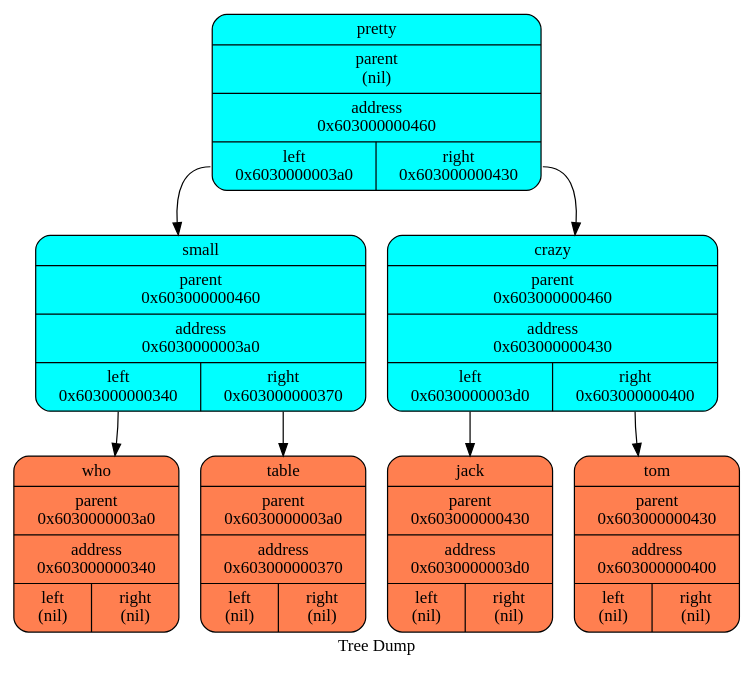
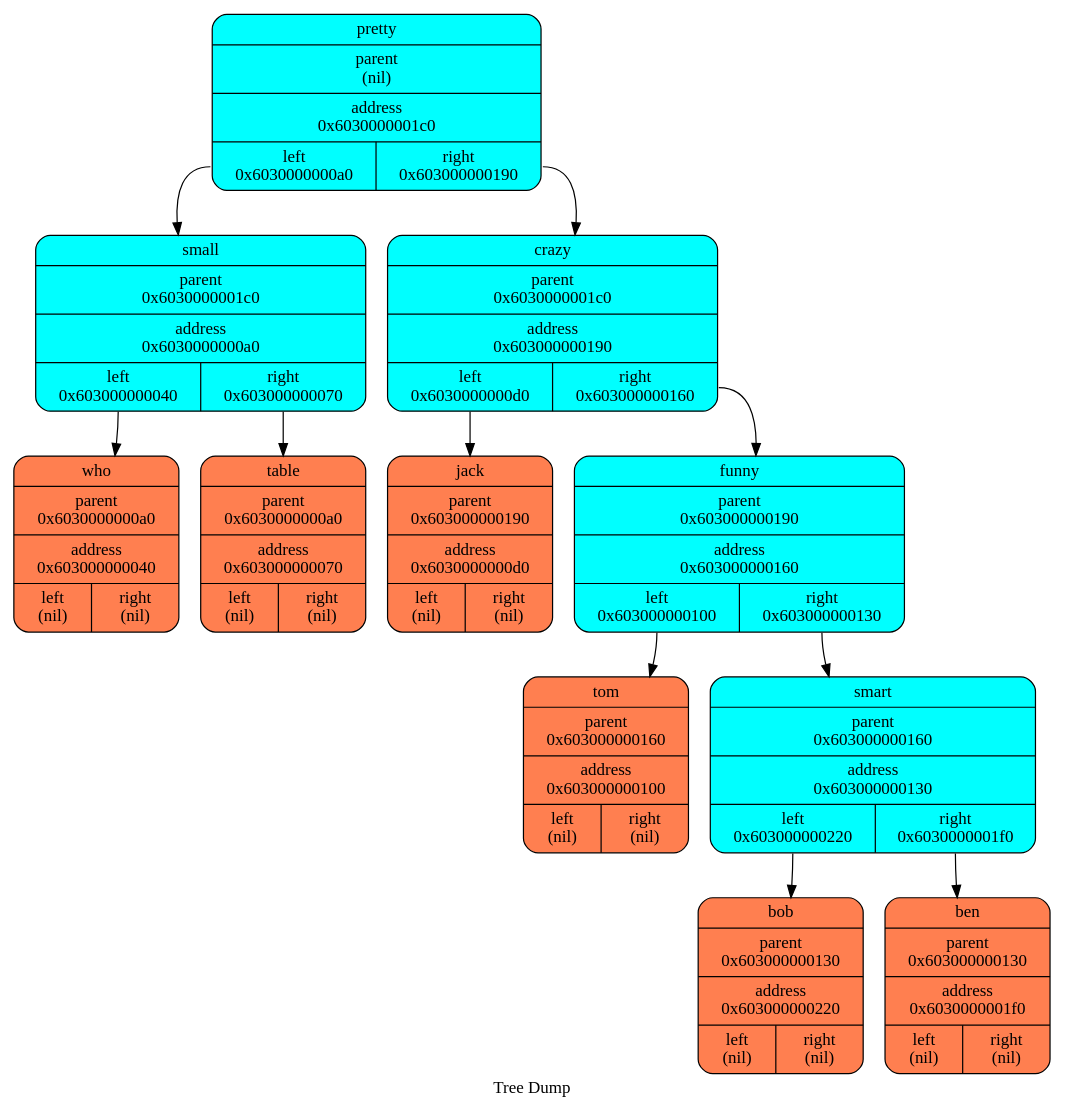
The diagram in log/dot/treegraph_0.dot (aidenfmunro/Akinator), drawn with Graphviz before and after one commit. The commit also changed 12 other files, not shown here.

```diff
--- a/log/dot/treegraph_0.dot
+++ b/log/dot/treegraph_0.dot
@@ -1,19 +1,27 @@
   digraph tree  {
   node[   shape     = "Mrecord",  style     = "filled",  fillcolor = "aqua",  fontcolor = "#000000",  margin    = "0.075"];
   rankdir   = "TB";
 
   label     = "Tree Dump";
- "pretty" [shape = "Mrecord", label = "{<name>pretty | parent\n(nil) | <f0> address\n0x603000000460| {<left>left\n0x6030000003a0 | <right>right\n0x603000000430\n}}"];
+ "pretty" [shape = "Mrecord", label = "{<name>pretty | parent\n(nil) | <f0> address\n0x6030000001c0| {<left>left\n0x6030000000a0 | <right>right\n0x603000000190\n}}"];
   "pretty":left->"small";
- "small" [shape = "Mrecord", label = "{<name>small | parent\n0x603000000460 | <f0> address\n0x6030000003a0| {<left>left\n0x603000000340 | <right>right\n0x603000000370\n}}"];
+ "small" [shape = "Mrecord", label = "{<name>small | parent\n0x6030000001c0 | <f0> address\n0x6030000000a0| {<left>left\n0x603000000040 | <right>right\n0x603000000070\n}}"];
   "small":left->"who";
- "who" [shape = "Mrecord", fillcolor = "coral", label = "{<name>who | parent\n0x6030000003a0 | <f0> address\n0x603000000340| {<left>left\n(nil) | <right>right\n(nil)\n}}"];
+ "who" [shape = "Mrecord", fillcolor = "coral", label = "{<name>who | parent\n0x6030000000a0 | <f0> address\n0x603000000040| {<left>left\n(nil) | <right>right\n(nil)\n}}"];
   "small":right->"table";
- "table" [shape = "Mrecord", fillcolor = "coral", label = "{<name>table | parent\n0x6030000003a0 | <f0> address\n0x603000000370| {<left>left\n(nil) | <right>right\n(nil)\n}}"];
+ "table" [shape = "Mrecord", fillcolor = "coral", label = "{<name>table | parent\n0x6030000000a0 | <f0> address\n0x603000000070| {<left>left\n(nil) | <right>right\n(nil)\n}}"];
   "pretty":right->"crazy";
- "crazy" [shape = "Mrecord", label = "{<name>crazy | parent\n0x603000000460 | <f0> address\n0x603000000430| {<left>left\n0x6030000003d0 | <right>right\n0x603000000400\n}}"];
+ "crazy" [shape = "Mrecord", label = "{<name>crazy | parent\n0x6030000001c0 | <f0> address\n0x603000000190| {<left>left\n0x6030000000d0 | <right>right\n0x603000000160\n}}"];
   "crazy":left->"jack";
- "jack" [shape = "Mrecord", fillcolor = "coral", label = "{<name>jack | parent\n0x603000000430 | <f0> address\n0x6030000003d0| {<left>left\n(nil) | <right>right\n(nil)\n}}"];
-  "crazy":right->"tom";
- "tom" [shape = "Mrecord", fillcolor = "coral", label = "{<name>tom | parent\n0x603000000430 | <f0> address\n0x603000000400| {<left>left\n(nil) | <right>right\n(nil)\n}}"];
+ "jack" [shape = "Mrecord", fillcolor = "coral", label = "{<name>jack | parent\n0x603000000190 | <f0> address\n0x6030000000d0| {<left>left\n(nil) | <right>right\n(nil)\n}}"];
+  "crazy":right->"funny";
+ "funny" [shape = "Mrecord", label = "{<name>funny | parent\n0x603000000190 | <f0> address\n0x603000000160| {<left>left\n0x603000000100 | <right>right\n0x603000000130\n}}"];
+  "funny":left->"tom";
+ "tom" [shape = "Mrecord", fillcolor = "coral", label = "{<name>tom | parent\n0x603000000160 | <f0> address\n0x603000000100| {<left>left\n(nil) | <right>right\n(nil)\n}}"];
+  "funny":right->"smart";
+ "smart" [shape = "Mrecord", label = "{<name>smart | parent\n0x603000000160 | <f0> address\n0x603000000130| {<left>left\n0x603000000220 | <right>right\n0x6030000001f0\n}}"];
+  "smart":left->"bob";
+ "bob" [shape = "Mrecord", fillcolor = "coral", label = "{<name>bob | parent\n0x603000000130 | <f0> address\n0x603000000220| {<left>left\n(nil) | <right>right\n(nil)\n}}"];
+  "smart":right->"ben";
+ "ben" [shape = "Mrecord", fillcolor = "coral", label = "{<name>ben | parent\n0x603000000130 | <f0> address\n0x6030000001f0| {<left>left\n(nil) | <right>right\n(nil)\n}}"];
   }
```
